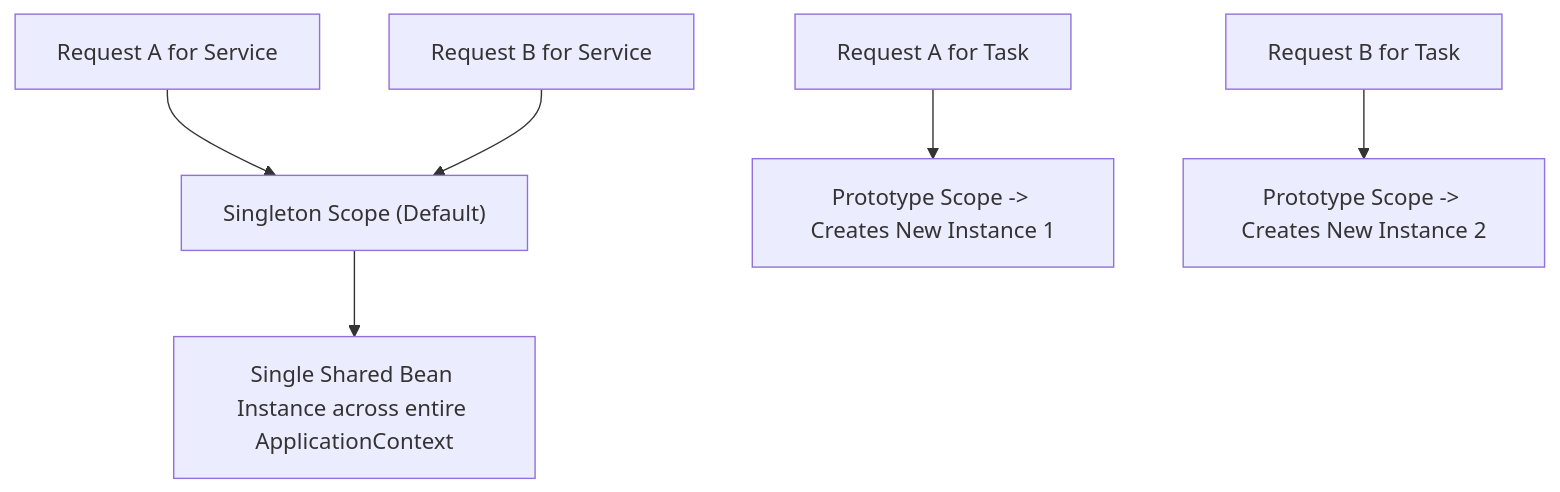
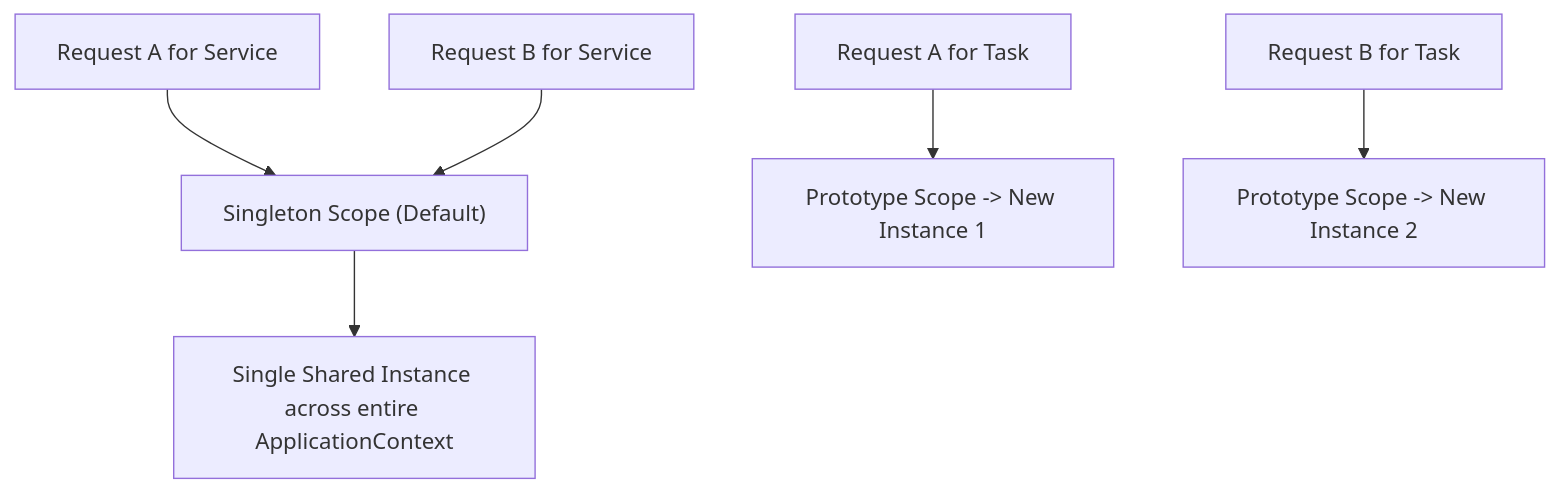
Before and after one commit to rohithgowda18/Notes: the seventh of 21 diagrams in 06-Java-and-Spring-Boot/Spring Boot Interview Guide.md, drawn with Mermaid. The commit also changed other lines of this file, not shown here.

````diff
--- a/06-Java-and-Spring-Boot/Spring Boot Interview Guide.md
+++ b/06-Java-and-Spring-Boot/Spring Boot Interview Guide.md
@@ -539,9 +423,9 @@
 ```mermaid
 flowchart TD
     Req1["Request A for Service"] --> S["Singleton Scope (Default)"]
     Req2["Request B for Service"] --> S
-    S --> Instance["Single Shared Bean Instance across entire ApplicationContext"]
+    S --> Instance["Single Shared Instance across entire ApplicationContext"]
 
-    Req3["Request A for Task"] --> P1["Prototype Scope -> Creates New Instance 1"]
-    Req4["Request B for Task"] --> P2["Prototype Scope -> Creates New Instance 2"]
+    Req3["Request A for Task"] --> P1["Prototype Scope -> New Instance 1"]
+    Req4["Request B for Task"] --> P2["Prototype Scope -> New Instance 2"]
 ```
````
